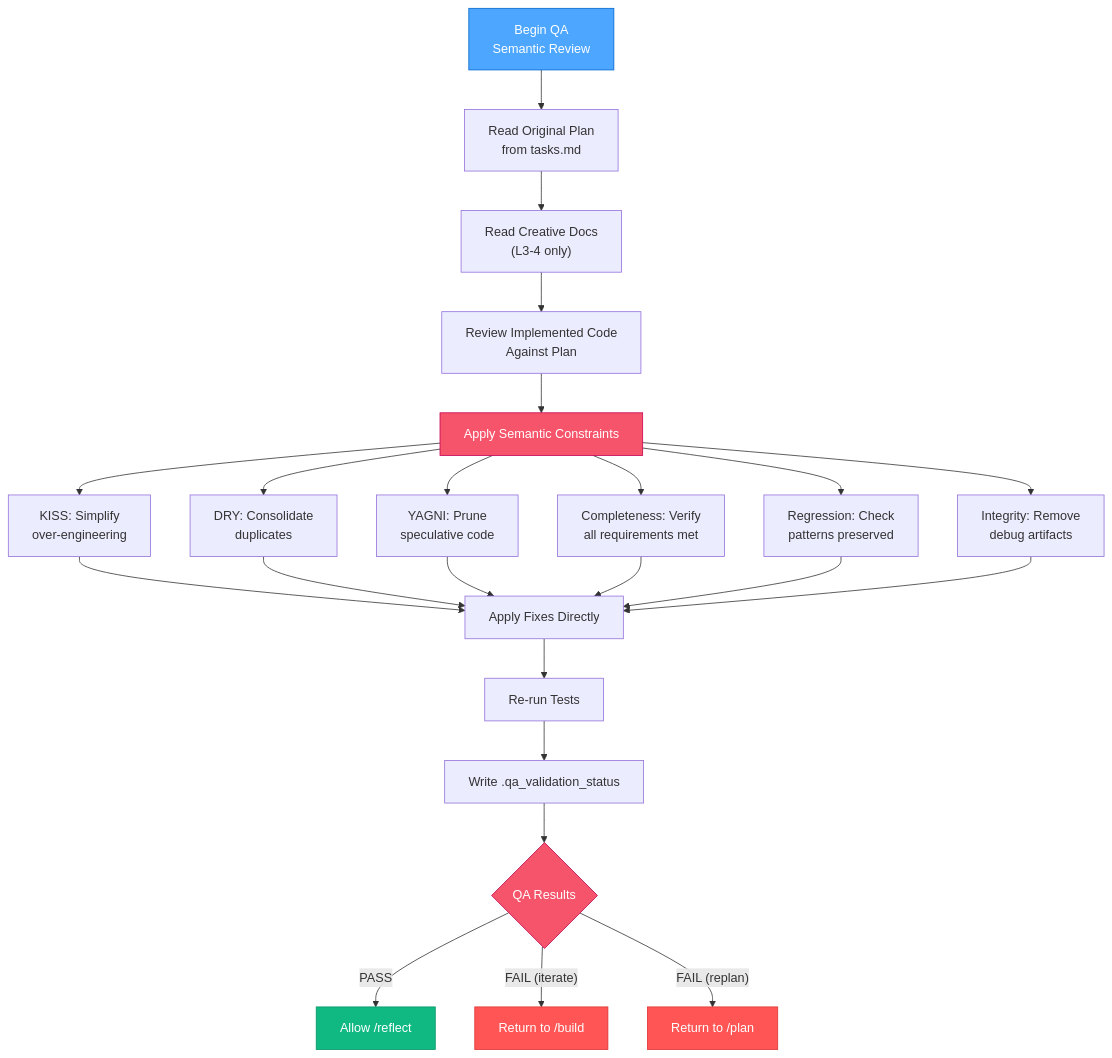
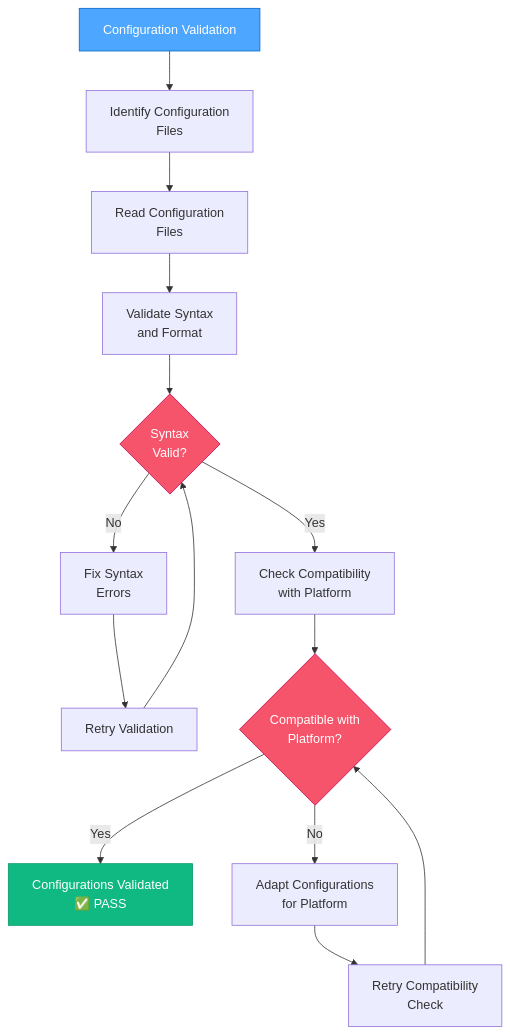
The ninth of 12 diagrams in rulesets/niko/niko/visual-maps/van-mode-map.mdc (Texarkanine/.cursor-rules), drawn with Mermaid before and after one commit. The commit also changed other lines of this file and 20 other files, not shown here.

````diff
--- a/rulesets/niko/niko/visual-maps/van-mode-map.mdc
+++ b/rulesets/niko/niko/visual-maps/van-mode-map.mdc
@@ -321,30 +433,23 @@
 ```mermaid
 graph TD
-    Start["Begin QA<br>Semantic Review"] --> ReadPlan["Read Original Plan<br>from tasks.md"]
-    ReadPlan --> ReadCreative["Read Creative Docs<br>(L3-4 only)"]
-    ReadCreative --> ReviewCode["Review Implemented Code<br>Against Plan"]
-    ReviewCode --> ApplyConstraints["Apply Semantic Constraints"]
-
-    ApplyConstraints --> KISS["KISS: Simplify<br>over-engineering"]
-    ApplyConstraints --> DRY["DRY: Consolidate<br>duplicates"]
-    ApplyConstraints --> YAGNI["YAGNI: Prune<br>speculative code"]
-    ApplyConstraints --> Completeness["Completeness: Verify<br>all requirements met"]
-    ApplyConstraints --> Regression["Regression: Check<br>patterns preserved"]
-    ApplyConstraints --> Integrity["Integrity: Remove<br>debug artifacts"]
-
-    KISS & DRY & YAGNI & Completeness & Regression & Integrity --> ApplyFixes["Apply Fixes Directly"]
-    ApplyFixes --> ReTest["Re-run Tests"]
-    ReTest --> WriteStatus["Write .qa_validation_status"]
-    WriteStatus --> QAResults{"QA Results"}
-
-    QAResults -->|"PASS"| AllowReflect2["Allow /reflect"]
-    QAResults -->|"FAIL (iterate)"| ReturnBuild2["Return to /build"]
-    QAResults -->|"FAIL (replan)"| ReturnPlan2["Return to /plan"]
-
+    Start["Configuration Validation"] --> IdentifyConfigs["Identify Configuration<br>Files"]
+    IdentifyConfigs --> ReadConfigs["Read Configuration<br>Files"]
+    ReadConfigs --> ValidateSyntax["Validate Syntax<br>and Format"]
+    ValidateSyntax --> SyntaxStatus{"Syntax<br>Valid?"}
+    
+    SyntaxStatus -->|"Yes"| CheckCompatibility["Check Compatibility<br>with Platform"]
+    SyntaxStatus -->|"No"| FixSyntax["Fix Syntax<br>Errors"]
+    FixSyntax --> RetryValidate["Retry Validation"]
+    RetryValidate --> SyntaxStatus
+    
+    CheckCompatibility --> CompatStatus{"Compatible with<br>Platform?"}
+    CompatStatus -->|"Yes"| ConfigSuccess["Configurations Validated<br>✅ PASS"]
+    CompatStatus -->|"No"| AdaptConfigs["Adapt Configurations<br>for Platform"]
+    AdaptConfigs --> RetryCompat["Retry Compatibility<br>Check"]
+    RetryCompat --> CompatStatus
+    
     style Start fill:#4da6ff,stroke:#0066cc,color:white
-    style ApplyConstraints fill:#f6546a,stroke:#c30052,color:white
-    style QAResults fill:#f6546a,stroke:#c30052,color:white
-    style AllowReflect2 fill:#10b981,stroke:#059669,color:white
-    style ReturnBuild2 fill:#ff5555,stroke:#dd3333,color:white
-    style ReturnPlan2 fill:#ff5555,stroke:#dd3333,color:white
-```
+    style ConfigSuccess fill:#10b981,stroke:#059669,color:white
+    style SyntaxStatus fill:#f6546a,stroke:#c30052,color:white
+    style CompatStatus fill:#f6546a,stroke:#c30052,color:white
+``` 
````
